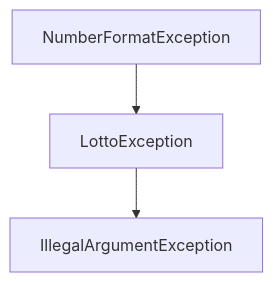
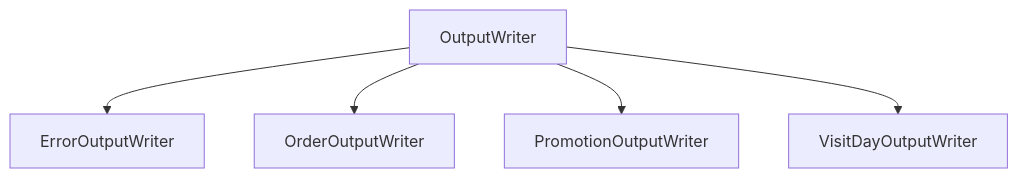
Before and after one commit to h-beeen/java-christmas-6-h-beeen: the diagram in docs/README.md, drawn with Mermaid. The commit also changed other lines of this file, not shown here.

````diff
--- a/docs/README.md
+++ b/docs/README.md
@@ -435,5 +460,7 @@
 ```mermaid
 graph TD;
-    NumberFormatException --> LottoException
-    LottoException --> IllegalArgumentException
+    OutputWriter --> ErrorOutputWriter
+    OutputWriter --> OrderOutputWriter
+    OutputWriter --> PromotionOutputWriter
+    OutputWriter --> VisitDayOutputWriter
 ```
````
